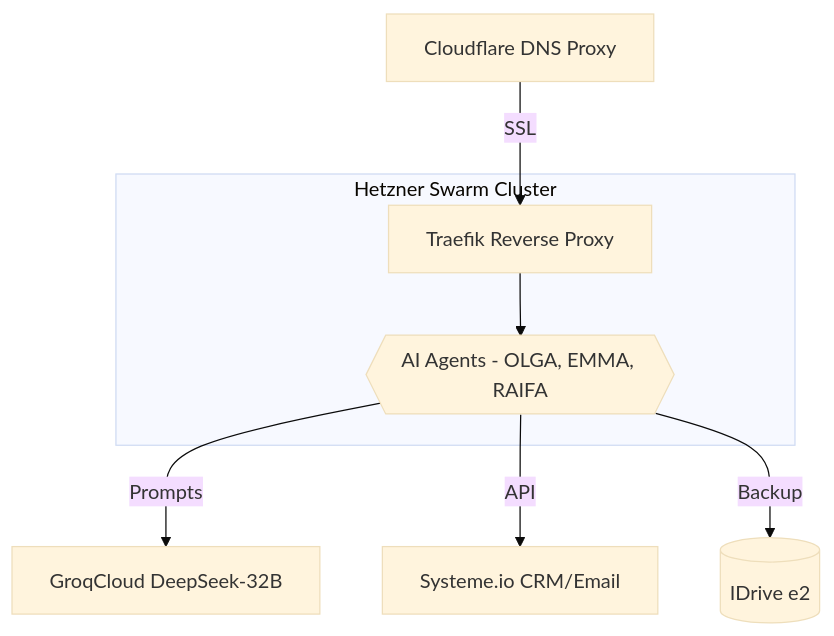
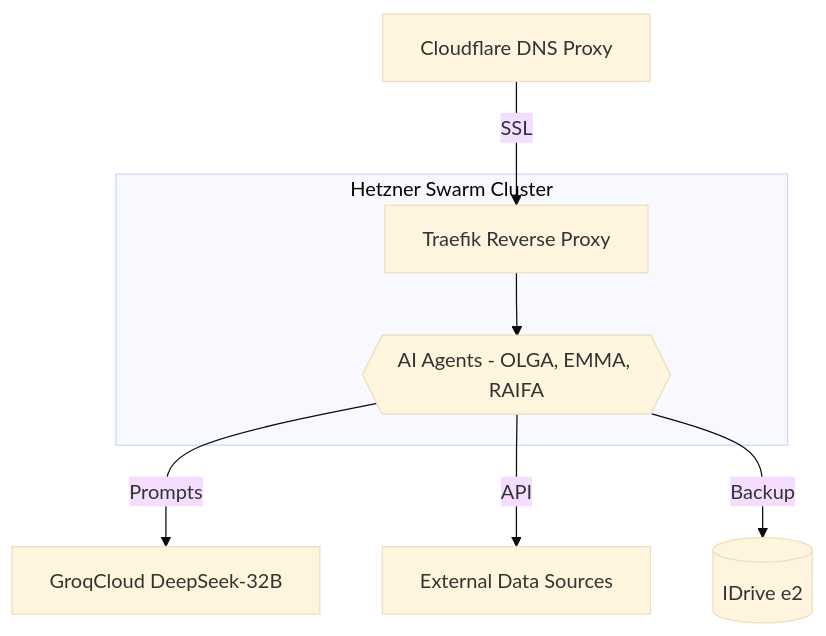
The first of 4 diagrams in projects/bnb/v6-b.md (deepbrainspace/deepbrain-stack), drawn with Mermaid (base theme) before and after one commit.

````diff
--- a/projects/bnb/v6-b.md
+++ b/projects/bnb/v6-b.md
@@ -40,10 +40,10 @@
 ```mermaid
 flowchart TD
     U[Cloudflare DNS Proxy] -->|SSL| E[Traefik Reverse Proxy]
     subgraph Hetzner_CCX23_Cluster_Docker_Swarm[Hetzner Swarm Cluster]
         E --> Q{{AI Agents - OLGA, EMMA, RAIFA}}
     end
     Q -->|Prompts| T[GroqCloud DeepSeek-32B]
-    Q -->|API| V[Systeme.io CRM/Email]
+    Q -->|API| V[External Data Sources]
     Q -->|Backup| I[(IDrive e2)]
 ```
````
